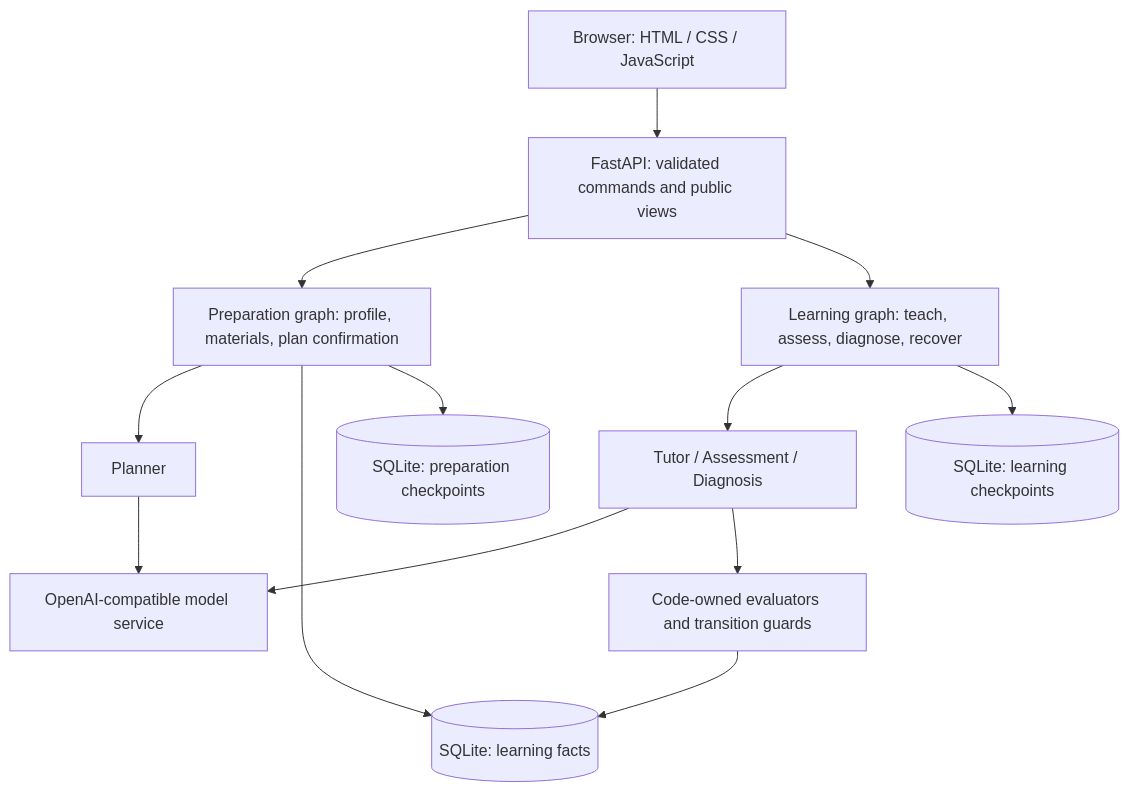
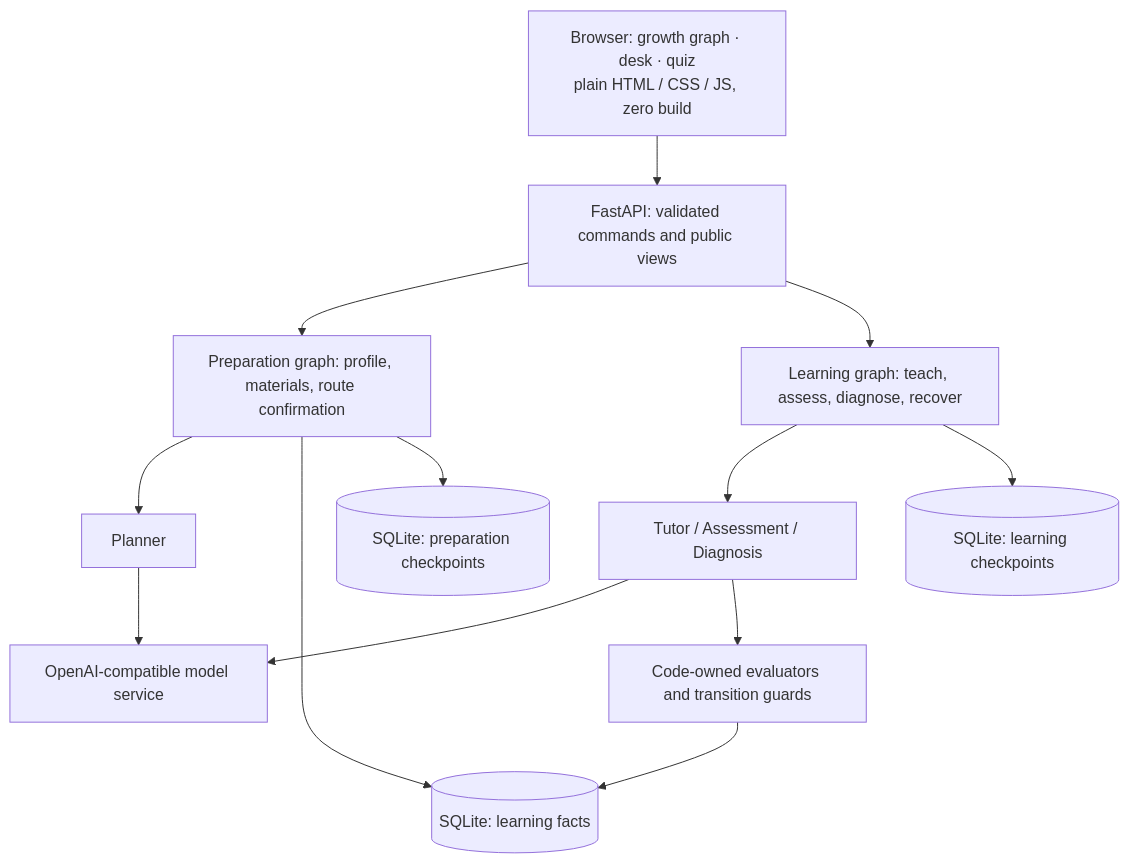
The second of 2 diagrams in README.md (Dog-Headed/skilltree-ai), drawn with Mermaid before and after one commit. The commit also changed other lines of this file and 14 other files, not shown here.

First line of the commit message:
docs: refresh README with the botanical growth-graph interface

````diff
--- a/README.md
+++ b/README.md
@@ -85,15 +151,15 @@
 ```mermaid
 flowchart TD
-    UI[Browser: HTML / CSS / JavaScript] --> API[FastAPI: validated commands and public views]
-    API --> PREP[Preparation graph: profile, materials, plan confirmation]
+    UI[Browser: growth graph · desk · quiz<br>plain HTML / CSS / JS, zero build] --> API[FastAPI: validated commands and public views]
+    API --> PREP[Preparation graph: profile, materials, route confirmation]
     API --> LEARN[Learning graph: teach, assess, diagnose, recover]
     PREP --> PLAN[Planner]
     LEARN --> AGENTS[Tutor / Assessment / Diagnosis]
     PLAN --> LLM[OpenAI-compatible model service]
     AGENTS --> LLM
     AGENTS --> GUARD[Code-owned evaluators and transition guards]
     GUARD --> FACTS[(SQLite: learning facts)]
     PREP --> FACTS
     PREP --> PCP[(SQLite: preparation checkpoints)]
     LEARN --> LCP[(SQLite: learning checkpoints)]
 ```
````
